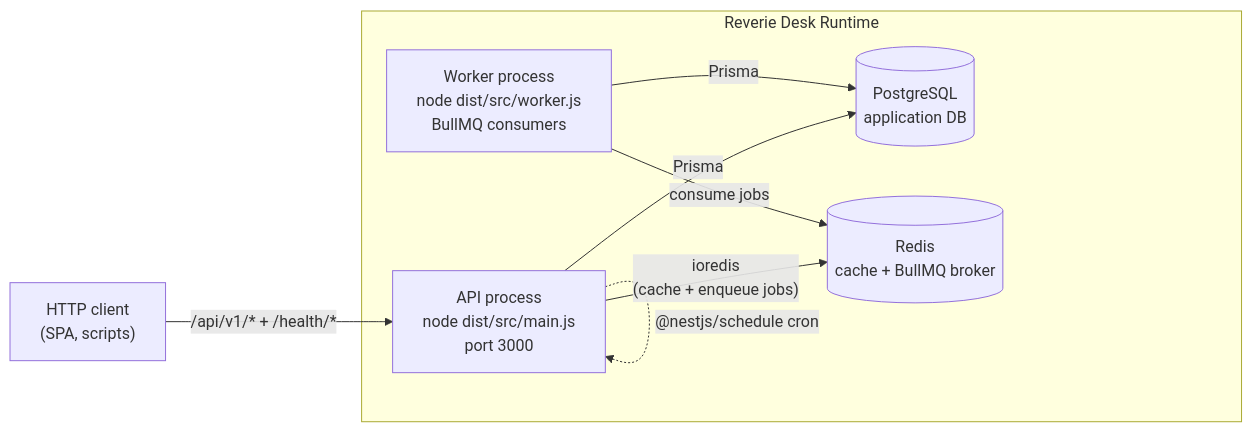
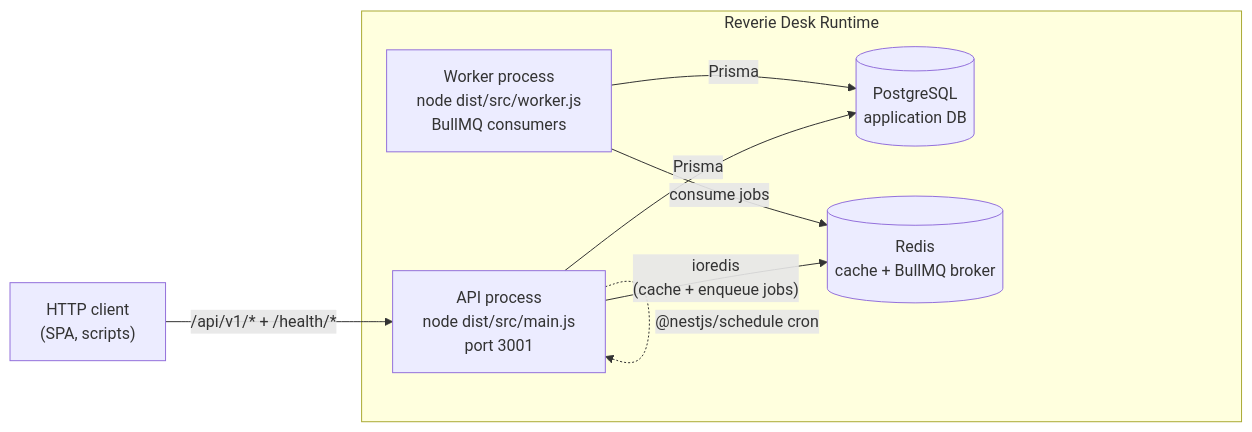
One commit to watcharaphonjit/reverie-desk-be changed the first of 5 diagrams in docs/system-overview.md. Above: the diagram before and after it, drawn with Mermaid. The commit also changed other lines of this file and 59 other files, not shown here.

````diff
--- a/docs/system-overview.md
+++ b/docs/system-overview.md
@@ -92,16 +92,16 @@
 ```mermaid
 graph LR
     subgraph "Reverie Desk Runtime"
-        API["API process<br/>node dist/src/main.js<br/>port 3000"]
+        API["API process<br/>node dist/src/main.js<br/>port 3001"]
         WORKER["Worker process<br/>node dist/src/worker.js<br/>BullMQ consumers"]
         PG[("PostgreSQL<br/>application DB")]
         REDIS[("Redis<br/>cache + BullMQ broker")]
     end
 
     Client["HTTP client<br/>(SPA, scripts)"] -->|"/api/v1/* + /health/*"| API
     API -->|Prisma| PG
     API -->|"ioredis<br/>(cache + enqueue jobs)"| REDIS
     WORKER -->|"consume jobs"| REDIS
     WORKER -->|Prisma| PG
     API -.->|"@nestjs/schedule cron"| API
 ```
````
